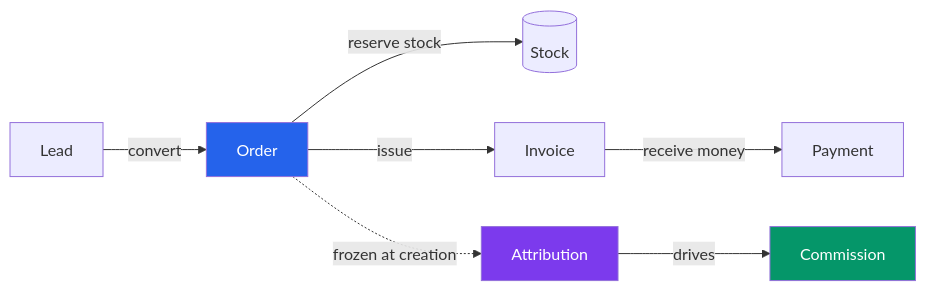
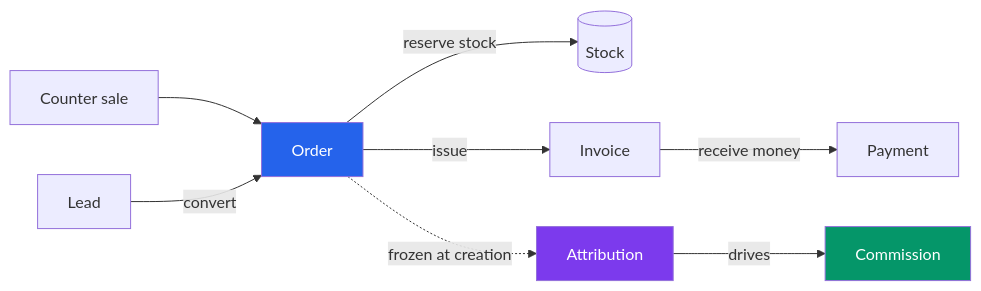
Before and after one commit to wafazz/brand-new-erp: the first of 3 diagrams in README.md, drawn with Mermaid. The commit also changed other lines of this file and 18 other files, not shown here.

````diff
--- a/README.md
+++ b/README.md
@@ -19,13 +23,14 @@
 ```mermaid
 flowchart LR
+    POS[Counter sale] --> O
     L[Lead] -->|convert| O[Order]
     O -->|reserve stock| S[(Stock)]
     O -->|issue| I[Invoice]
     I -->|receive money| P[Payment]
     O -.->|frozen at creation| A[Attribution]
     A -->|drives| C[Commission]
 
     style O fill:#2563eb,color:#fff
     style A fill:#7c3aed,color:#fff
     style C fill:#059669,color:#fff
 ```
````
